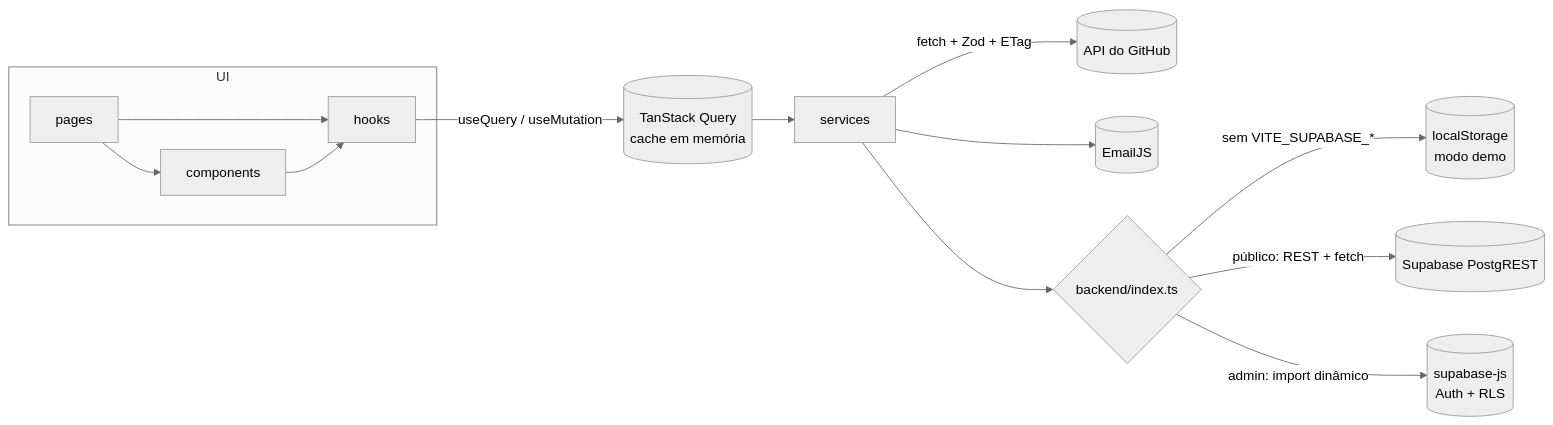
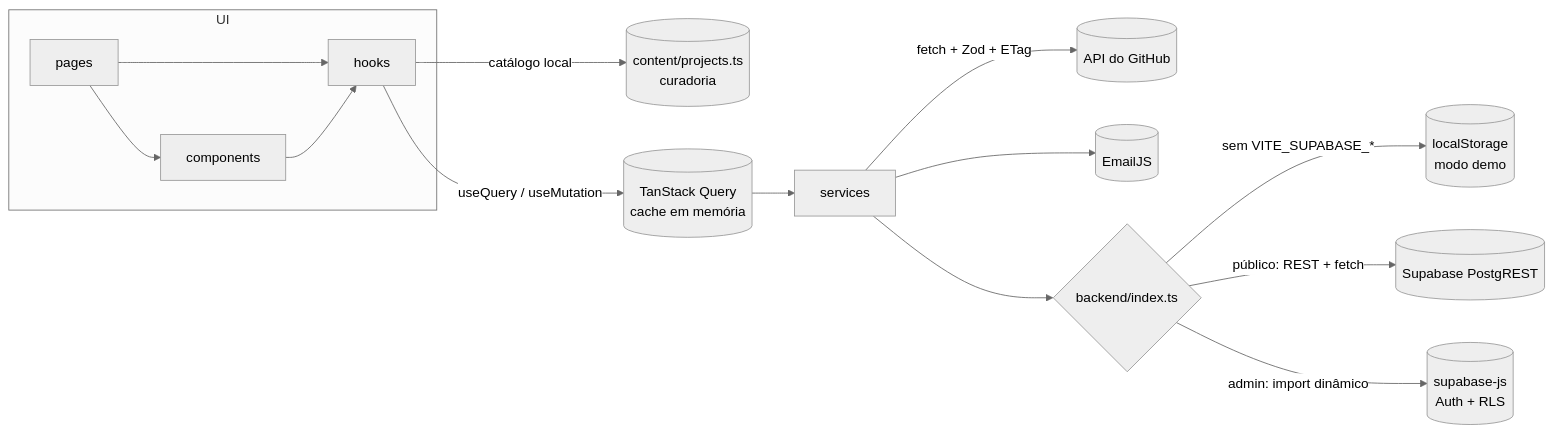
The diagram in README.md (sampaiodelvane/Portif-lio), drawn with Mermaid (neutral theme) before and after one commit. The commit also changed other lines of this file and 1 other file, not shown here.

Commit message:
docs: vitrine curada no README e regras do catálogo no CLAUDE.md

````diff
--- a/README.md
+++ b/README.md
@@ -119,16 +123,17 @@
 ```mermaid
 flowchart LR
   subgraph UI
     P[pages] --> C[components]
     P --> H[hooks]
     C --> H
   end
+  H -- "catálogo local" --> CT[(content/projects.ts<br/>curadoria)]
   H -- "useQuery / useMutation" --> Q[(TanStack Query<br/>cache em memória)]
   Q --> S[services]
   S -- "fetch + Zod + ETag" --> GH[(API do GitHub)]
   S --> E[(EmailJS)]
   S --> B{backend/index.ts}
   B -- "sem VITE_SUPABASE_*" --> L[(localStorage<br/>modo demo)]
   B -- "público: REST + fetch" --> SR[(Supabase PostgREST)]
   B -- "admin: import dinâmico" --> SJ[(supabase-js<br/>Auth + RLS)]
 ```
````
